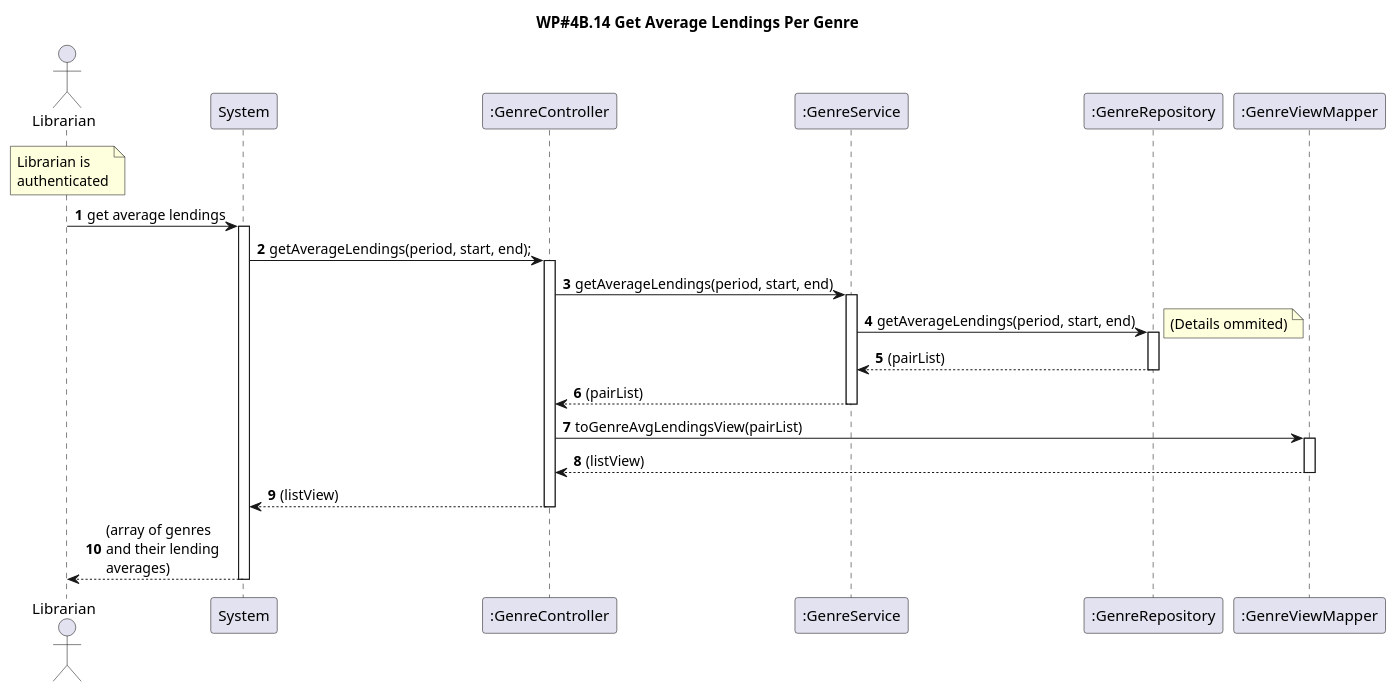
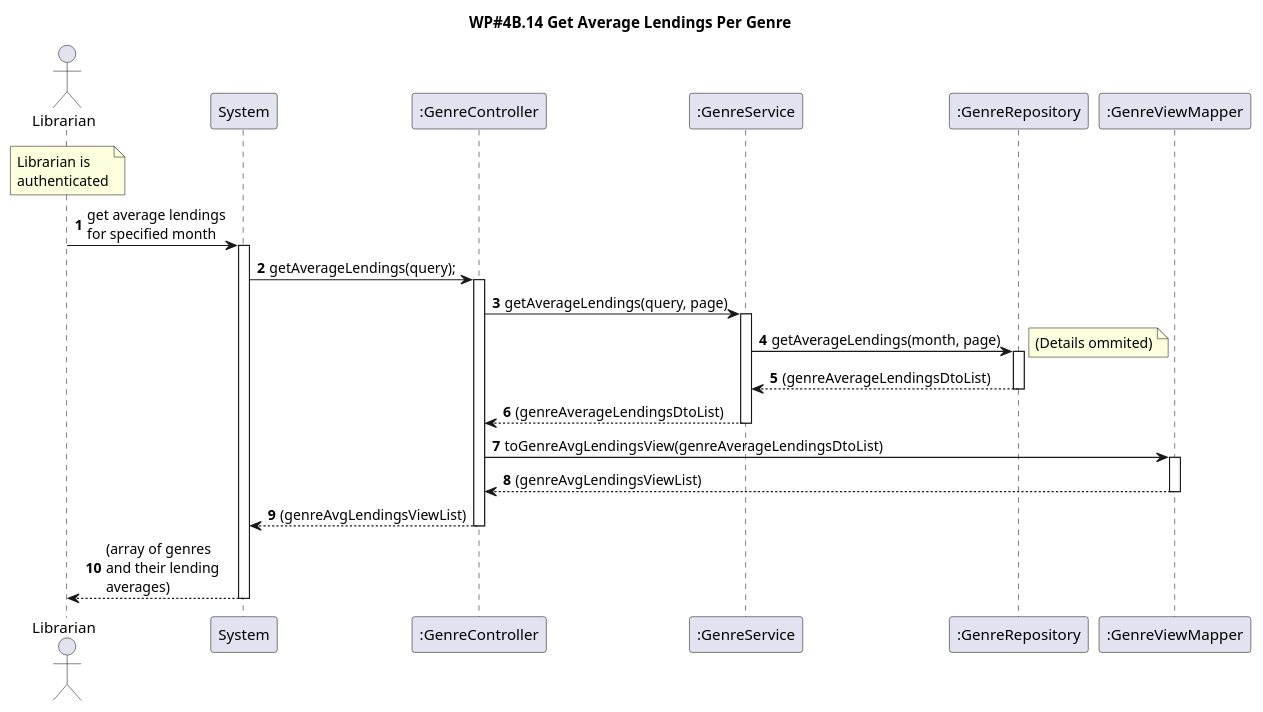
Before and after one commit to rutemf/1220944_1220772_G01: the diagram in Docs/Phase2/WP4B-Lendings/Ph2-14-GetAverageLendings/Ph2-14-GetAverageLendings-SD.puml, drawn with PlantUML. The commit also changed 15 other files, not shown here.

```diff
--- a/Docs/Phase2/WP4B-Lendings/Ph2-14-GetAverageLendings/Ph2-14-GetAverageLendings-SD.puml
+++ b/Docs/Phase2/WP4B-Lendings/Ph2-14-GetAverageLendings/Ph2-14-GetAverageLendings-SD.puml
@@ -1,33 +1,31 @@
 @startuml
 'https://plantuml.com/sequence-diagram
 autoactivate on
 autonumber
 
 title WP#4B.14 Get Average Lendings Per Genre
 
 actor "Librarian" as Librarian
 participant "System" as System
 participant ":GenreController" as Ctrl
 participant ":GenreService" as Service
 participant ":GenreRepository" as GenreRepo
 participant ":GenreViewMapper" as Mapper
 
 note over Librarian : Librarian is\nauthenticated
 
-Librarian -> System: get average lendings
-
-System -> Ctrl: getAverageLendings(period, start, end);
-
-Ctrl -> Service: getAverageLendings(period, start, end)
-Service -> GenreRepo: getAverageLendings(period, start, end)
+Librarian -> System: get average lendings\nfor specified month
+System -> Ctrl: getAverageLendings(query);
+Ctrl -> Service: getAverageLendings(query, page)
+Service -> GenreRepo: getAverageLendings(month, page)
 note right
     (Details ommited)
 end note
-GenreRepo --> Service: (pairList)
-Service --> Ctrl: (pairList)
-Ctrl -> Mapper: toGenreAvgLendingsView(pairList)
-Mapper --> Ctrl: (listView)
-Ctrl --> System: (listView)
+GenreRepo --> Service: (genreAverageLendingsDtoList)
+Service --> Ctrl: (genreAverageLendingsDtoList)
+Ctrl -> Mapper: toGenreAvgLendingsView(genreAverageLendingsDtoList)
+Mapper --> Ctrl: (genreAvgLendingsViewList)
+Ctrl --> System: (genreAvgLendingsViewList)
 System --> Librarian: (array of genres\nand their lending\naverages)
 
 @enduml
```
